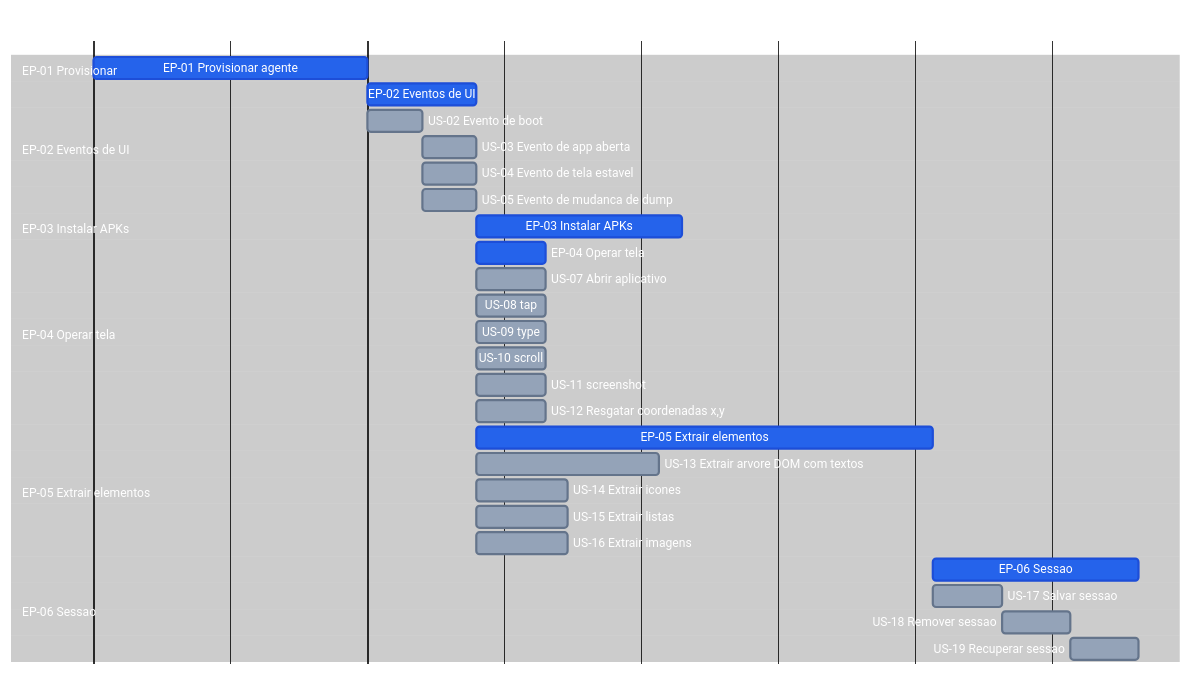
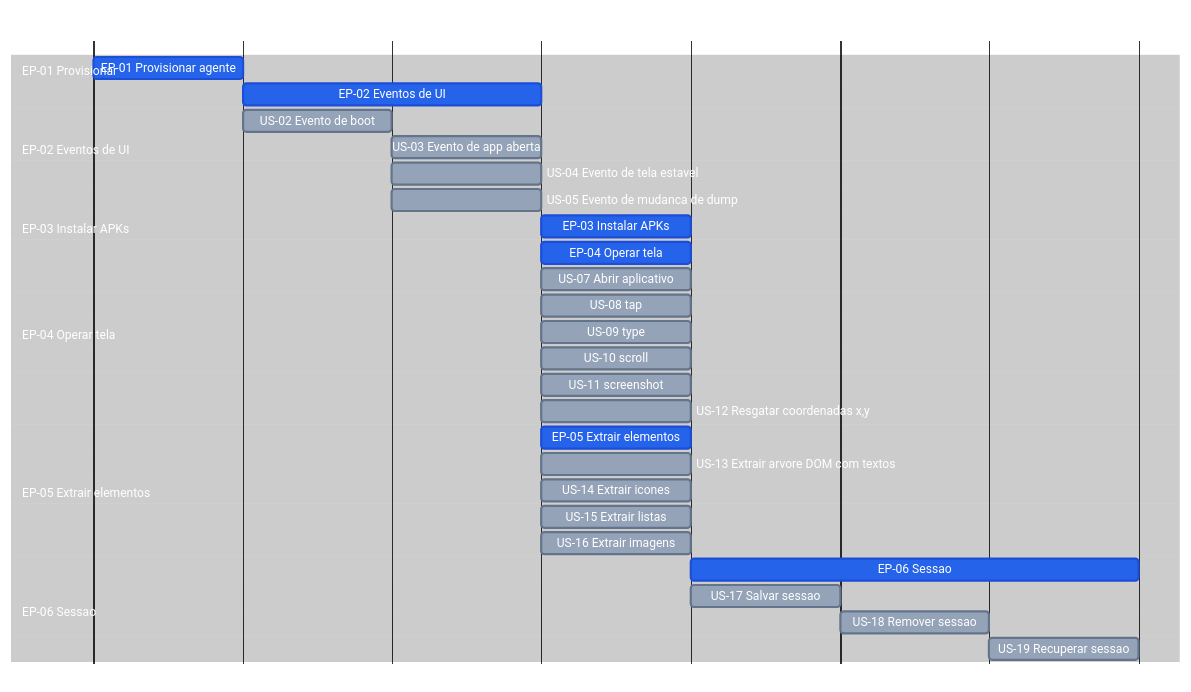
Before and after one commit to laerciogermano/workstation: the diagram in connectmax/screen-robot/6.roadmap.md, drawn with Mermaid. The commit also changed other lines of this file and 1 other file, not shown here.

Commit message:
Uniformiza folhas do roadmap: EP e US com a mesma duração visual.
Corrige EP-03 e US-13 (e demais folhas) para 15m; pais cobrem só o span dos filhos.

````diff
--- a/connectmax/screen-robot/6.roadmap.md
+++ b/connectmax/screen-robot/6.roadmap.md
@@ -9,74 +11,74 @@
 ```mermaid
 ---
 config:
   theme: base
   themeVariables:
     darkMode: true
     background: '#000000'
     primaryTextColor: '#ffffff'
     secondaryTextColor: '#ffffff'
     tertiaryTextColor: '#ffffff'
     textColor: '#ffffff'
     lineColor: '#333333'
     mainBkg: '#000000'
     secondaryColor: '#000000'
     tertiaryColor: '#000000'
     sectionBkgColor: '#000000'
     sectionBkgColor2: '#000000'
     altSectionBkgColor: '#000000'
     gridColor: '#222222'
     excludeBkgColor: '#000000'
     todayLineColor: '#444444'
     doneTaskBkgColor: '#2563eb'
     doneTaskBorderColor: '#1d4ed8'
     taskBkgColor: '#94a3b8'
     taskBorderColor: '#64748b'
     taskTextColor: '#ffffff'
     taskTextDarkColor: '#ffffff'
     taskTextLightColor: '#ffffff'
     taskTextOutsideColor: '#ffffff'
     critBkgColor: '#2563eb'
     critBorderColor: '#1d4ed8'
     activeTaskBkgColor: '#94a3b8'
     activeTaskBorderColor: '#64748b'
 ---
 gantt
   title screen-robot EP / US
   dateFormat X
   axisFormat %s
 
   section EP-01 Provisionar
-  EP-01 Provisionar agente              :done, ep01, 0, 60m
+  EP-01 Provisionar agente              :done, ep01, 0, 15m
 
   section EP-02 Eventos de UI
-  EP-02 Eventos de UI                   :done, ep02, after ep01, 24m
-  US-02 Evento de boot                  :us02, after ep01, 12m
-  US-03 Evento de app aberta            :us03, after us02, 12m
-  US-04 Evento de tela estavel          :us04, after us02, 12m
-  US-05 Evento de mudanca de dump       :us05, after us02, 12m
+  EP-02 Eventos de UI                   :done, ep02, after ep01, 30m
+  US-02 Evento de boot                  :us02, after ep01, 15m
+  US-03 Evento de app aberta            :us03, after us02, 15m
+  US-04 Evento de tela estavel          :us04, after us02, 15m
+  US-05 Evento de mudanca de dump       :us05, after us02, 15m
 
   section EP-03 Instalar APKs
-  EP-03 Instalar APKs                   :done, ep03, after us05, 45m
+  EP-03 Instalar APKs                   :done, ep03, after us05, 15m
 
   section EP-04 Operar tela
   EP-04 Operar tela                     :done, ep04, after us05, 15m
   US-07 Abrir aplicativo                :us07, after us05, 15m
   US-08 tap                             :us08, after us05, 15m
   US-09 type                            :us09, after us05, 15m
   US-10 scroll                          :us10, after us05, 15m
   US-11 screenshot                      :us11, after us05, 15m
   US-12 Resgatar coordenadas x,y        :us12, after us05, 15m
 
   section EP-05 Extrair elementos
-  EP-05 Extrair elementos               :done, ep05, after us05, 100m
-  US-13 Extrair arvore DOM com textos   :us13, after us05, 40m
-  US-14 Extrair icones                  :us14, after us05, 20m
-  US-15 Extrair listas                  :us15, after us05, 20m
-  US-16 Extrair imagens                 :us16, after us05, 20m
+  EP-05 Extrair elementos               :done, ep05, after us05, 15m
+  US-13 Extrair arvore DOM com textos   :us13, after us05, 15m
+  US-14 Extrair icones                  :us14, after us05, 15m
+  US-15 Extrair listas                  :us15, after us05, 15m
+  US-16 Extrair imagens                 :us16, after us05, 15m
 
   section EP-06 Sessao
   EP-06 Sessao                          :done, ep06, after ep05, 45m
   US-17 Salvar sessao                   :us17, after ep05, 15m
   US-18 Remover sessao                  :us18, after us17, 15m
   US-19 Recuperar sessao                :us19, after us18, 15m
 ```
````
